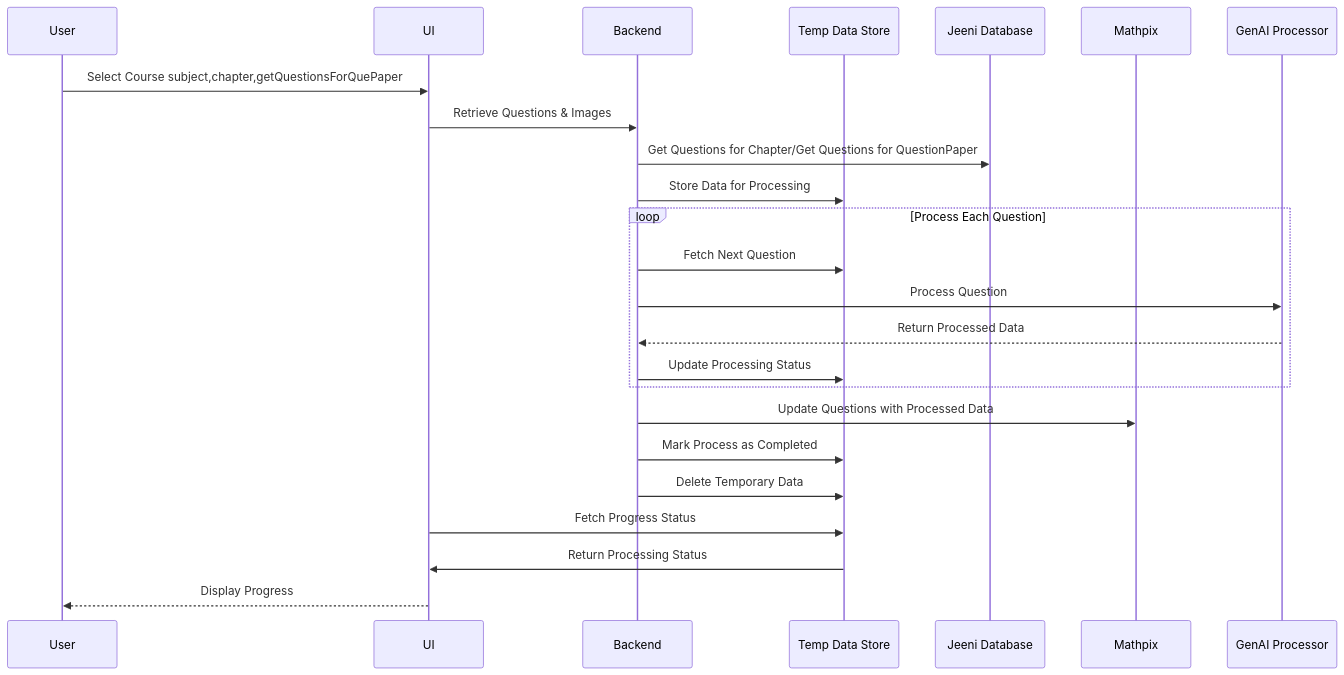
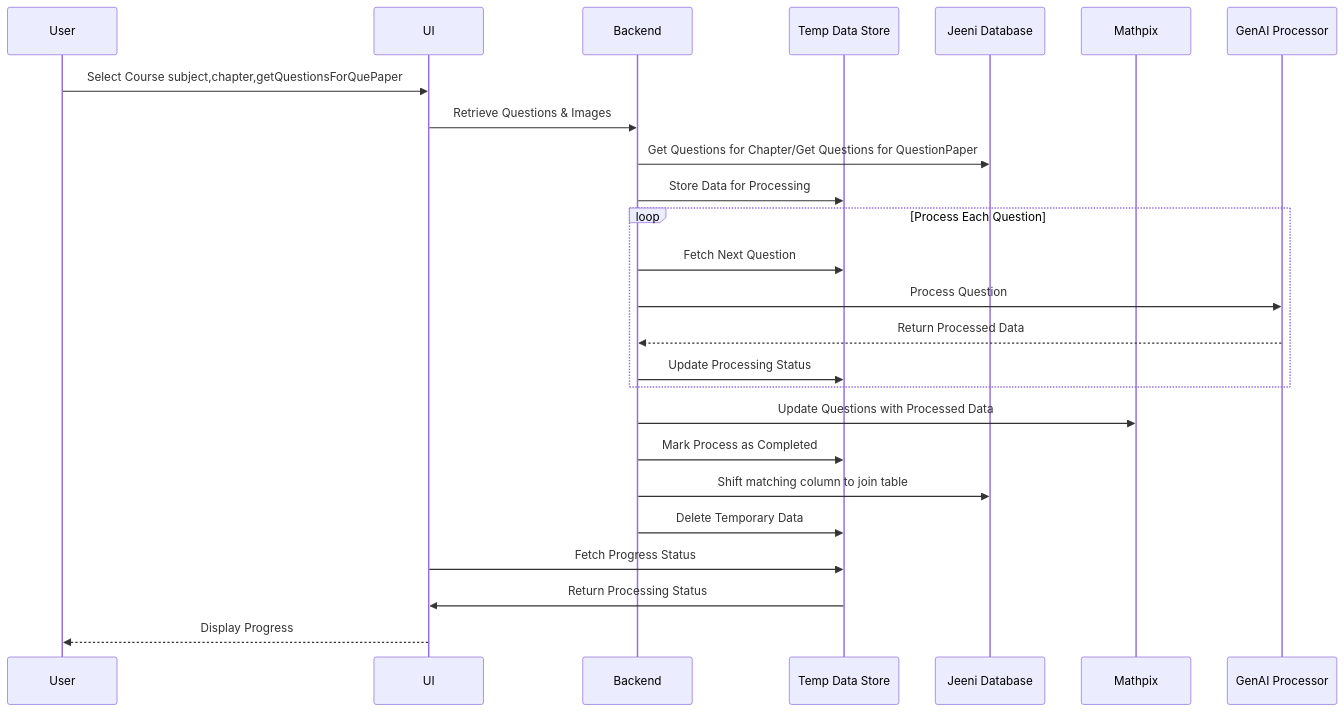
One commit to MayuriSutar12/Documentation changed the diagram in docs/sequence_digram.md. Above: the diagram before and after it, drawn with Mermaid.

````diff
--- a/docs/sequence_digram.md
+++ b/docs/sequence_digram.md
@@ -2,32 +2,34 @@
 ```mermaid
 sequenceDiagram
     participant User as User
     participant UI as UI
     participant Backend as Backend
     participant TempDB as Temp Data Store
     participant JeeniDB as Jeeni Database
     participant Mathpix as Mathpix
     participant GenAI as GenAI Processor
 
     User ->> UI: Select Course subject,chapter,getQuestionsForQuePaper
     UI ->> Backend: Retrieve Questions & Images
     Backend ->> JeeniDB: Get Questions for Chapter/Get Questions for QuestionPaper
     Backend ->> TempDB: Store Data for Processing
 
     loop Process Each Question
         Backend ->> TempDB: Fetch Next Question
         Backend ->> GenAI: Process Question
         GenAI -->> Backend: Return Processed Data
         Backend ->> TempDB: Update Processing Status
     end
 
     Backend ->> Mathpix: Update Questions with Processed Data
     Backend ->> TempDB: Mark Process as Completed
+    Backend ->> JeeniDB: Shift matching column to join table
     Backend ->> TempDB: Delete Temporary Data
+
 
     UI ->> TempDB: Fetch Progress Status
     TempDB ->> UI: Return Processing Status
     UI -->> User: Display Progress
 
 
 ```
````
